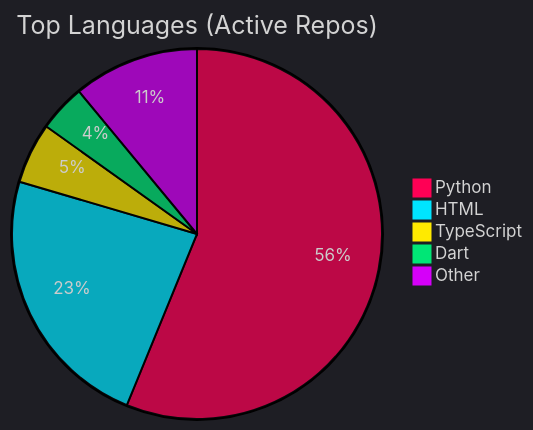
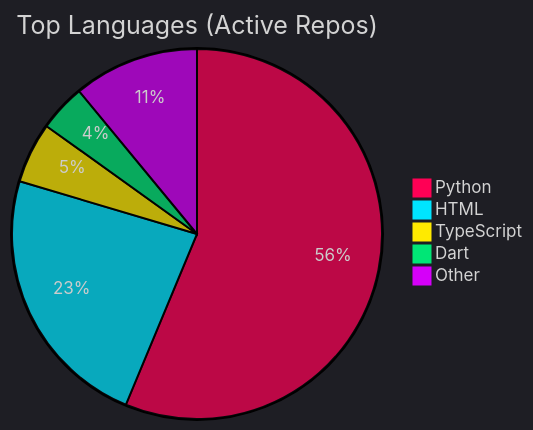
One commit to Nzettodess/Nzettodess changed the diagram in README.md. Above: the diagram before and after it, drawn with Mermaid. The commit also changed other lines of this file, not shown here.

Commit message:
Update recent activity [skip ci]

````diff
--- a/README.md
+++ b/README.md
@@ -35,9 +35,9 @@
 ```mermaid
 %%{init: {'theme': 'dark', 'themeVariables': { 'pie1': '#FF0055', 'pie2': '#00E5FF', 'pie3': '#FFEA00', 'pie4': '#00E676', 'pie5': '#D500F9' }}}%%
 pie title Top Languages (Active Repos)
-    "Python" : 56.19
-    "HTML" : 23.37
-    "TypeScript" : 5.31
-    "Dart" : 4.13
-    "Other" : 11.00
+    "Python" : 56.29
+    "HTML" : 23.32
+    "TypeScript" : 5.30
+    "Dart" : 4.12
+    "Other" : 10.98
 ```
````
